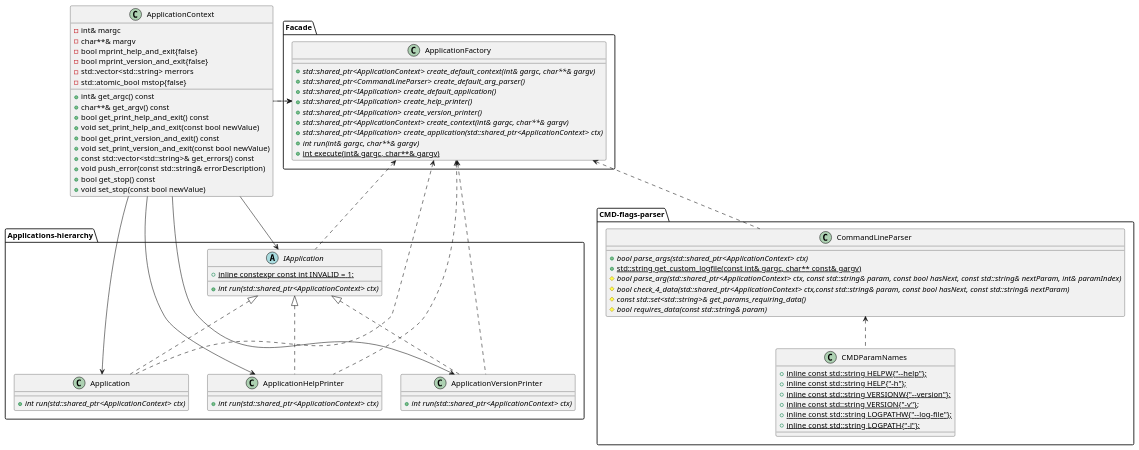
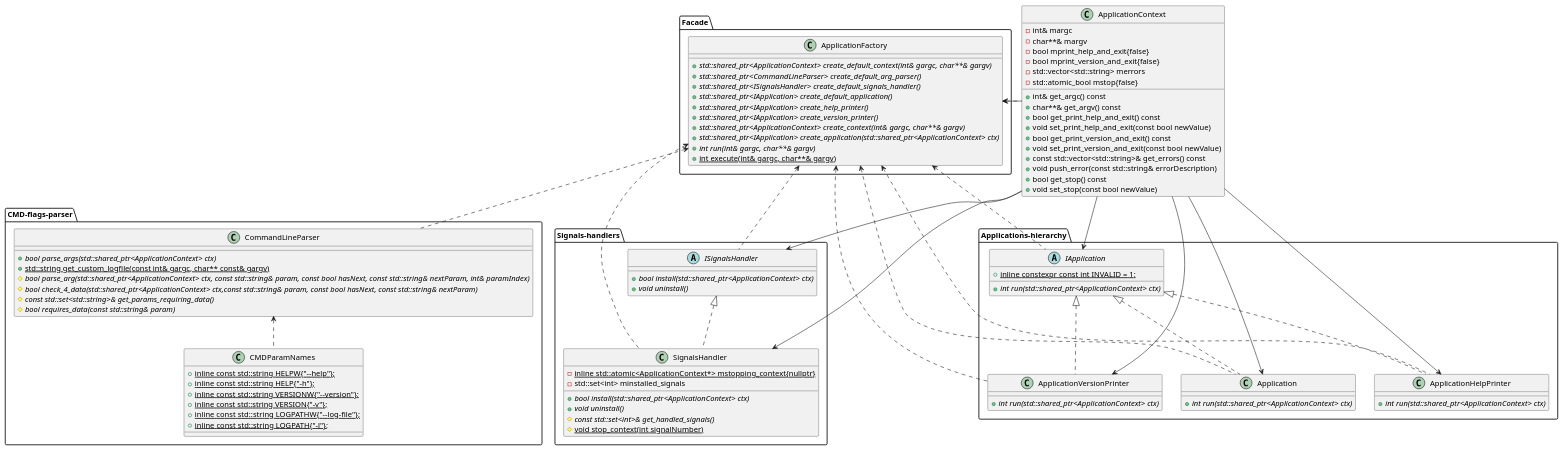
One commit to yuriysydor1991/cpp-app-template changed the diagram in doc/diagrams/plantuml/template-project-app-structure.puml. Above: the diagram before and after it, drawn with PlantUML. The commit also changed 23 other files, not shown here.

Commit message:
Introducing the app signals handlers subcomponent

```diff
--- a/doc/diagrams/plantuml/template-project-app-structure.puml
+++ b/doc/diagrams/plantuml/template-project-app-structure.puml
@@ -1,95 +1,118 @@
 @startuml
 
 package Applications-hierarchy {
   abstract class IApplication {
     +{abstract} int run(std::shared_ptr<ApplicationContext> ctx)
 
     +{static}inline constexpr const int INVALID = 1;
   }
 
   class Application {
     +{abstract} int run(std::shared_ptr<ApplicationContext> ctx)
   }
 
   class ApplicationHelpPrinter {
     +{abstract} int run(std::shared_ptr<ApplicationContext> ctx)
   }
 
   class ApplicationVersionPrinter {
     +{abstract} int run(std::shared_ptr<ApplicationContext> ctx)
   }
 }
 
 class ApplicationContext {
   -int& margc
   -char**& margv
   -bool mprint_help_and_exit{false}
   -bool mprint_version_and_exit{false}
   -std::vector<std::string> merrors
   -std::atomic_bool mstop{false}
   +int& get_argc() const
   +char**& get_argv() const
   +bool get_print_help_and_exit() const
   +void set_print_help_and_exit(const bool newValue)
   +bool get_print_version_and_exit() const
   +void set_print_version_and_exit(const bool newValue)
   +const std::vector<std::string>& get_errors() const
   +void push_error(const std::string& errorDescription)
   +bool get_stop() const
   +void set_stop(const bool newValue)
 }
 
 package Facade {
   class ApplicationFactory {
     +{abstract} std::shared_ptr<ApplicationContext> create_default_context(int& gargc, char**& gargv)
     +{abstract} std::shared_ptr<CommandLineParser> create_default_arg_parser()
+    +{abstract} std::shared_ptr<ISignalsHandler> create_default_signals_handler()
     +{abstract} std::shared_ptr<IApplication> create_default_application()
     +{abstract} std::shared_ptr<IApplication> create_help_printer()
     +{abstract} std::shared_ptr<IApplication> create_version_printer()
     +{abstract} std::shared_ptr<ApplicationContext> create_context(int& gargc, char**& gargv)
     +{abstract} std::shared_ptr<IApplication> create_application(std::shared_ptr<ApplicationContext> ctx)
     +{abstract} int run(int& gargc, char**& gargv)
     +{static} int execute(int& gargc, char**& gargv)
   }
 }
 
 package CMD-flags-parser {
   class CommandLineParser {
     +{abstract} bool parse_args(std::shared_ptr<ApplicationContext> ctx)
     +{static} std::string get_custom_logfile(const int& gargc, char** const& gargv)
     #{abstract} bool parse_arg(std::shared_ptr<ApplicationContext> ctx, const std::string& param, const bool hasNext, const std::string& nextParam, int& paramIndex)
     #{abstract} bool check_4_data(std::shared_ptr<ApplicationContext> ctx,const std::string& param, const bool hasNext, const std::string& nextParam)
     #{abstract} const std::set<std::string>& get_params_requiring_data()
     #{abstract} bool requires_data(const std::string& param)
   }
 
   class CMDParamNames {
     +{static} inline const std::string HELPW{"--help"};
     +{static} inline const std::string HELP{"-h"};
     +{static} inline const std::string VERSIONW{"--version"};
     +{static} inline const std::string VERSION{"-v"};
     +{static} inline const std::string LOGPATHW{"--log-file"};
     +{static} inline const std::string LOGPATH{"-l"};
   }
 }
 
+package Signals-handlers {
+  abstract class ISignalsHandler {
+    +{abstract} bool install(std::shared_ptr<ApplicationContext> ctx)
+    +{abstract} void uninstall()
+  }
+
+  class SignalsHandler {
+    +{abstract} bool install(std::shared_ptr<ApplicationContext> ctx)
+    +{abstract} void uninstall()
+    #{abstract} const std::set<int>& get_handled_signals()
+    #{static} void stop_context(int signalNumber)
+    -{static} inline std::atomic<ApplicationContext*> mstopping_context{nullptr}
+    -std::set<int> minstalled_signals
+  }
+}
+
 IApplication <|.. Application
 IApplication <|.. ApplicationHelpPrinter
 IApplication <|.. ApplicationVersionPrinter
 
 ApplicationContext --> IApplication
 ApplicationContext --> Application
 ApplicationContext --> ApplicationHelpPrinter
 ApplicationContext --> ApplicationVersionPrinter
 ApplicationContext --> ApplicationFactory
+ApplicationContext --> ISignalsHandler
+ApplicationContext --> SignalsHandler
 
 ApplicationFactory <.. IApplication
 ApplicationFactory <.. Application
 ApplicationFactory <.. ApplicationHelpPrinter
 ApplicationFactory <.. ApplicationVersionPrinter
 ApplicationFactory <.. ApplicationContext
 ApplicationFactory <.. CommandLineParser
+ApplicationFactory <.. ISignalsHandler
+ApplicationFactory <.. SignalsHandler
+
+ISignalsHandler <|.. SignalsHandler
 
 CommandLineParser <.. CMDParamNames
 
 @enduml
```
